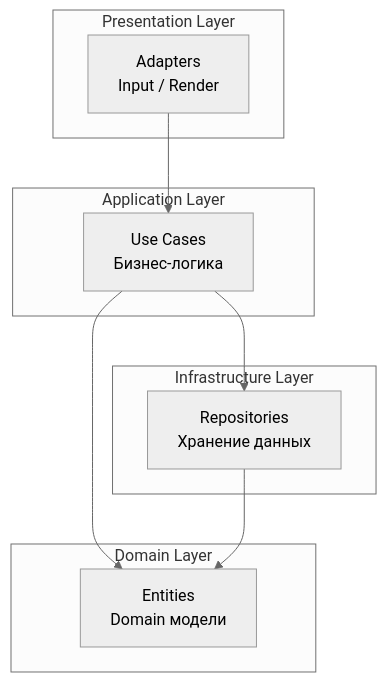
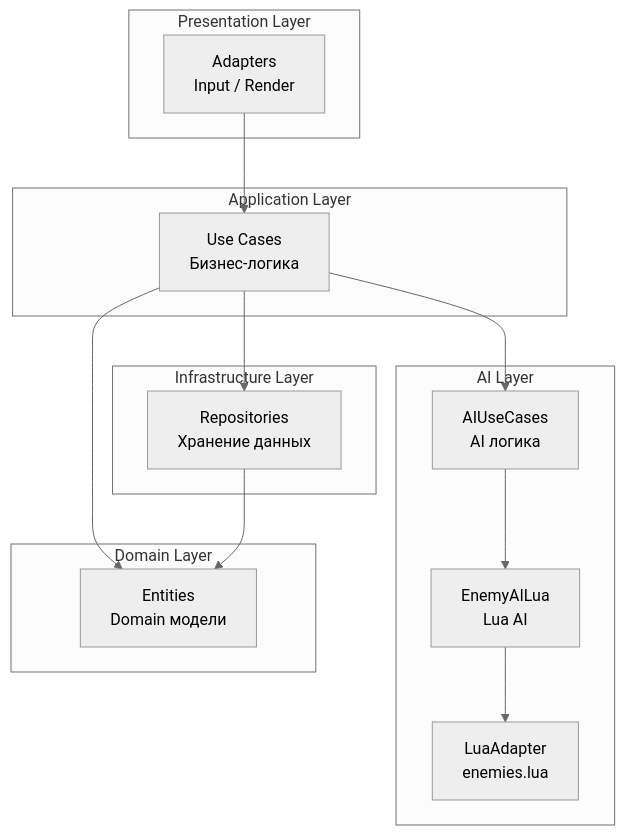
The first of 3 diagrams in README.md (shpaker/tnk9x), drawn with Mermaid (neutral theme) before and after one commit. The commit also changed other lines of this file and 5 other files, not shown here.

````diff
--- a/README.md
+++ b/README.md
@@ -100,23 +102,32 @@
 ```mermaid
 graph TB
     subgraph "Presentation Layer"
         Adapters[Adapters<br/>Input / Render]
     end
     
     subgraph "Application Layer"
         UseCases[Use Cases<br/>Бизнес-логика]
+    end
+    
+    subgraph "AI Layer"
+        AICases[AIUseCases<br/>AI логика]
+        LuaAI[EnemyAILua<br/>Lua AI]
+        LuaScripts[LuaAdapter<br/>enemies.lua]
     end
     
     subgraph "Domain Layer"
         Entities[Entities<br/>Domain модели]
     end
     
     subgraph "Infrastructure Layer"
         Repositories[Repositories<br/>Хранение данных]
     end
     
     Adapters --> UseCases
+    UseCases --> AICases
+    AICases --> LuaAI
+    LuaAI --> LuaScripts
     UseCases --> Entities
     Repositories --> Entities
     UseCases --> Repositories
 ```
````
